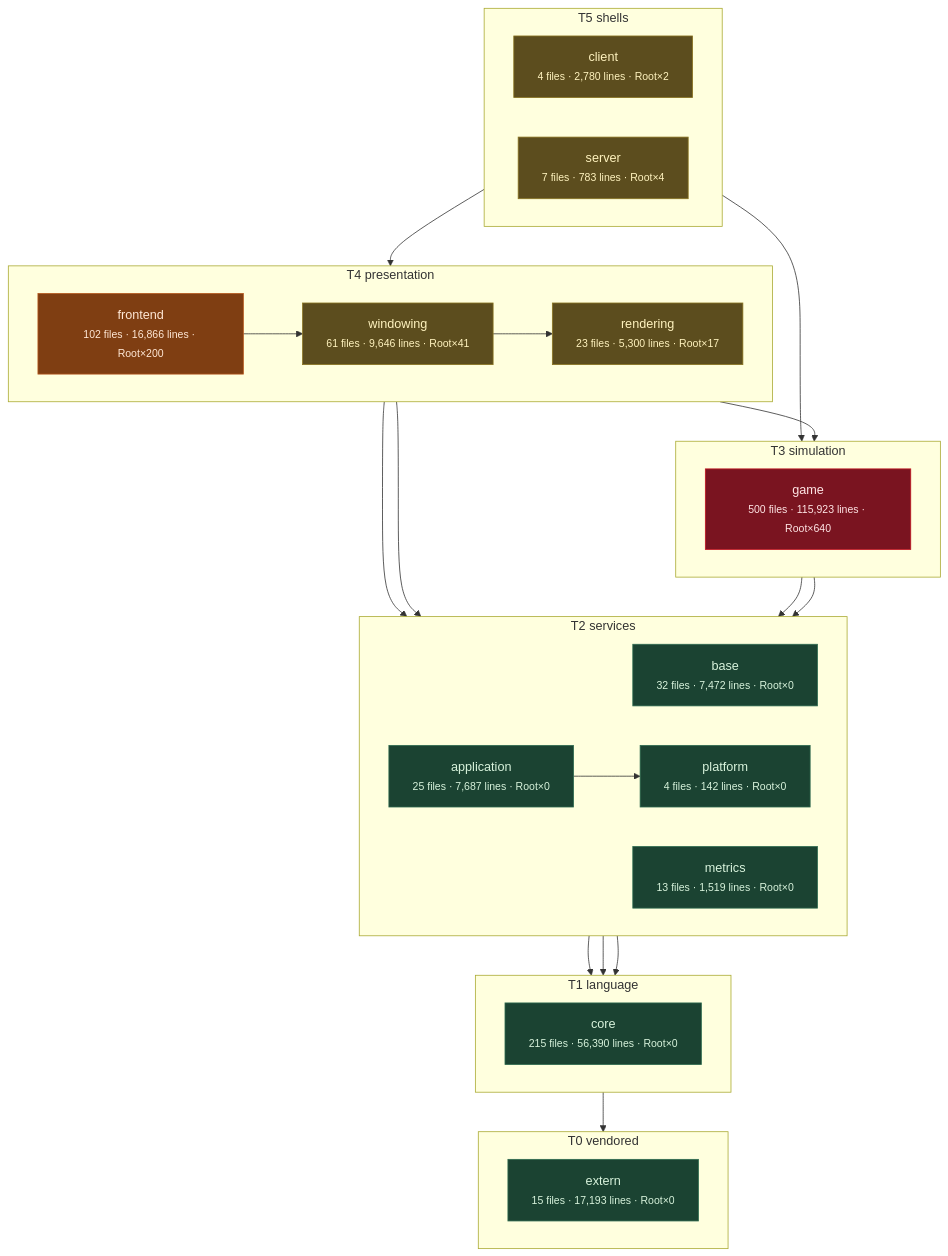
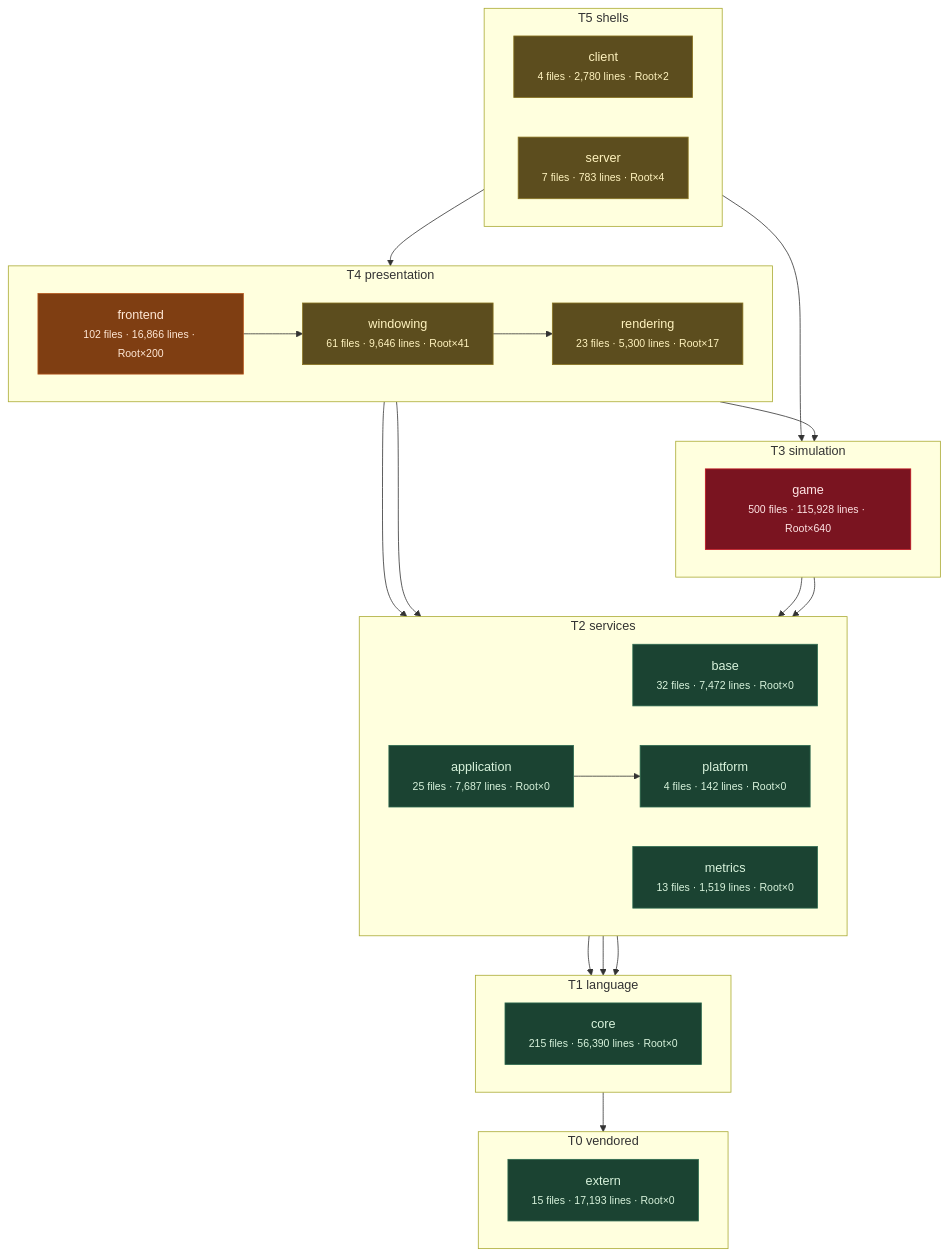
The third of 11 diagrams in docs/architecture/system-boundaries.md (apnex/OpenStarbound), drawn with Mermaid before and after one commit. The commit also changed other lines of this file and 1 other file, not shown here.

````diff
--- a/docs/architecture/system-boundaries.md
+++ b/docs/architecture/system-boundaries.md
@@ -271,55 +271,55 @@
 ```mermaid
 flowchart TD
   subgraph T0["T0 vendored"]
     direction LR
     extern["extern<br/><small>15 files · 17,193 lines · Root×0</small>"]
   end
   subgraph T1["T1 language"]
     direction LR
     core["core<br/><small>215 files · 56,390 lines · Root×0</small>"]
   end
   subgraph T2["T2 services"]
     direction LR
     base["base<br/><small>32 files · 7,472 lines · Root×0</small>"]
     metrics["metrics<br/><small>13 files · 1,519 lines · Root×0</small>"]
     platform["platform<br/><small>4 files · 142 lines · Root×0</small>"]
     application["application<br/><small>25 files · 7,687 lines · Root×0</small>"]
   end
   subgraph T3["T3 simulation"]
     direction LR
-    game["game<br/><small>500 files · 115,923 lines · Root×640</small>"]
+    game["game<br/><small>500 files · 115,928 lines · Root×640</small>"]
   end
   subgraph T4["T4 presentation"]
     direction LR
     rendering["rendering<br/><small>23 files · 5,300 lines · Root×17</small>"]
     windowing["windowing<br/><small>61 files · 9,646 lines · Root×41</small>"]
     frontend["frontend<br/><small>102 files · 16,866 lines · Root×200</small>"]
   end
   subgraph T5["T5 shells"]
     direction LR
     client["client<br/><small>4 files · 2,780 lines · Root×2</small>"]
     server["server<br/><small>7 files · 783 lines · Root×4</small>"]
   end
   core --> extern
   base --> core
   metrics --> core
   platform --> core
   application --> platform
   game --> base
   game --> platform
   rendering --> application
   rendering --> game
   windowing --> rendering
   frontend --> metrics
   frontend --> windowing
   client --> frontend
   server --> game
   classDef clean fill:#1b4332,stroke:#2d6a4f,color:#d8f3dc
   classDef warm  fill:#5c4d1e,stroke:#8a7420,color:#fff3bf
   classDef hot   fill:#7f3e12,stroke:#b5561b,color:#ffe8d6
   classDef blaze fill:#7a1420,stroke:#c1121f,color:#ffe5e5
   class extern,core,base,metrics,platform,application clean
   class rendering,windowing,client,server warm
   class frontend hot
   class game blaze
 ```
````
